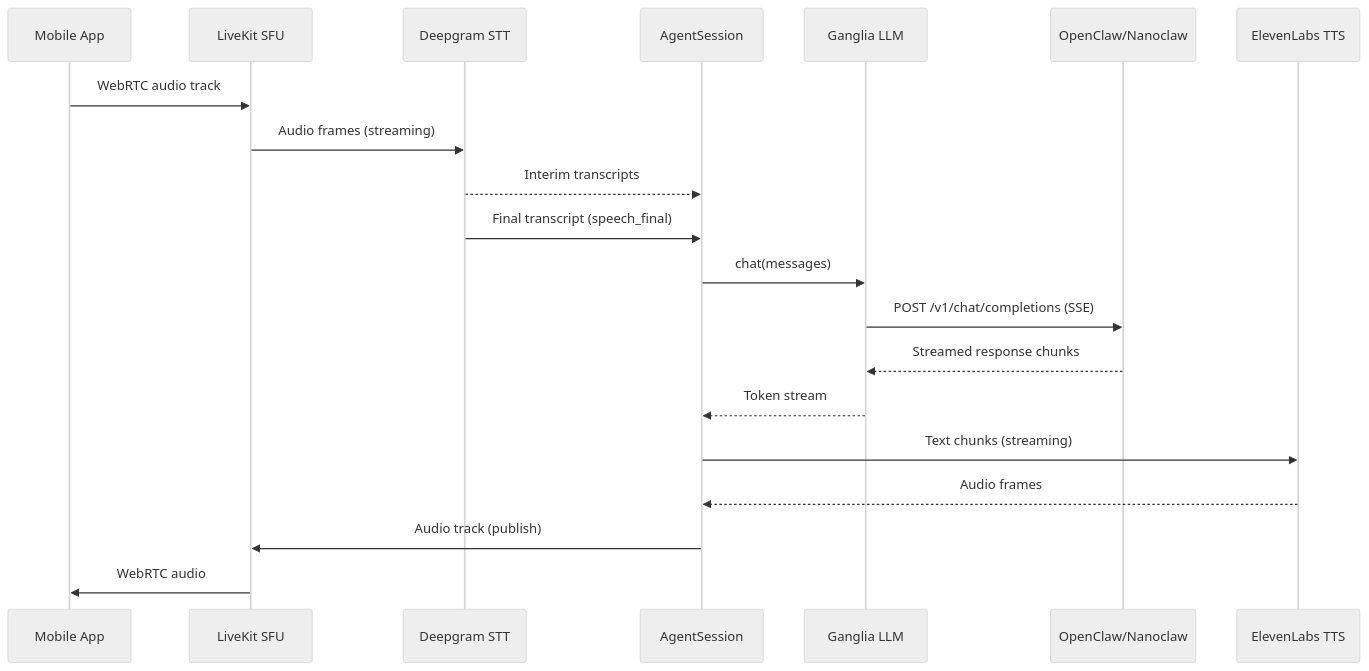
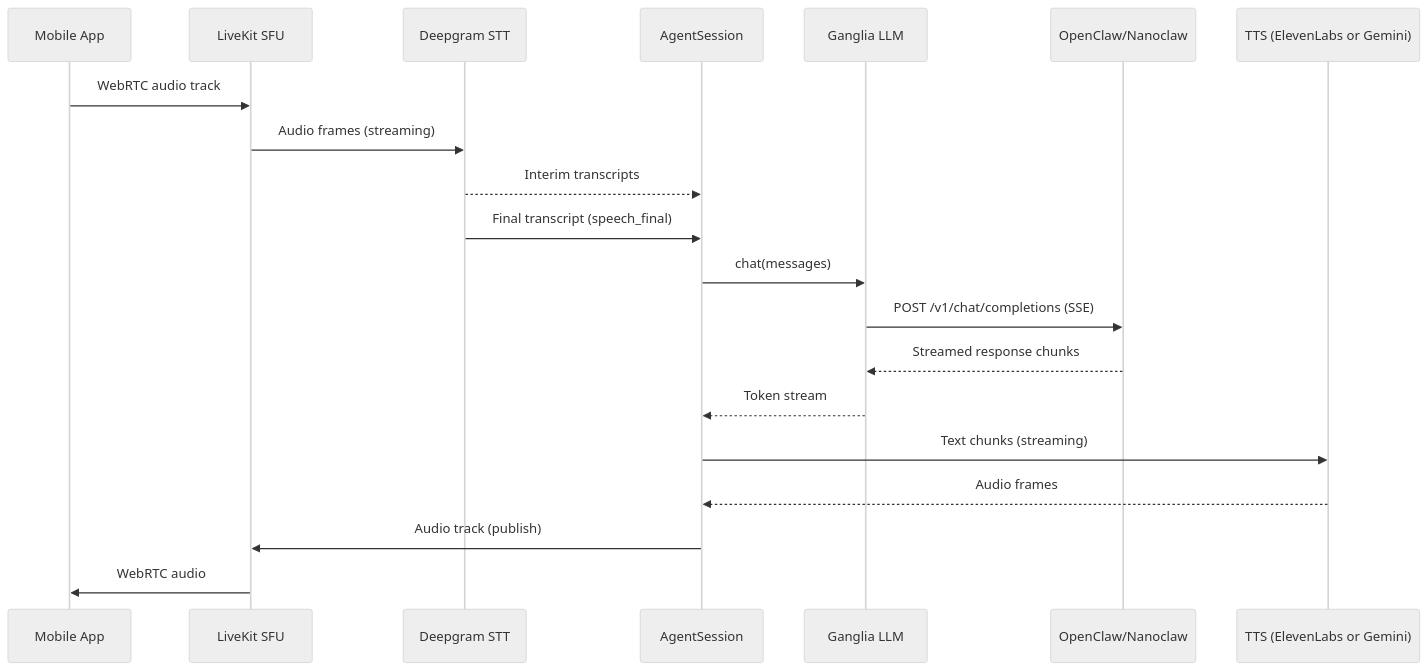
Before and after one commit to dremonkey/fletcher: the diagram in docs/architecture/voice-pipeline.md, drawn with Mermaid (neutral theme). The commit also changed other lines of this file and 1 other file, not shown here.

First line of the commit message:
docs(architecture): update voice-pipeline and infrastructure for TTS provider factory

````diff
--- a/docs/architecture/voice-pipeline.md
+++ b/docs/architecture/voice-pipeline.md
@@ -7,25 +7,25 @@
 ```mermaid
 sequenceDiagram
     participant Phone as Mobile App
     participant LK as LiveKit SFU
     participant STT as Deepgram STT
     participant Agent as AgentSession
     participant LLM as Ganglia LLM
     participant Brain as OpenClaw/Nanoclaw
-    participant TTS as ElevenLabs TTS
+    participant TTS as TTS (ElevenLabs or Gemini)
 
     Phone->>LK: WebRTC audio track
     LK->>STT: Audio frames (streaming)
     STT-->>Agent: Interim transcripts
     STT->>Agent: Final transcript (speech_final)
 
     Agent->>LLM: chat(messages)
     LLM->>Brain: POST /v1/chat/completions (SSE)
     Brain-->>LLM: Streamed response chunks
     LLM-->>Agent: Token stream
 
     Agent->>TTS: Text chunks (streaming)
     TTS-->>Agent: Audio frames
     Agent->>LK: Audio track (publish)
     LK->>Phone: WebRTC audio
 ```
````
